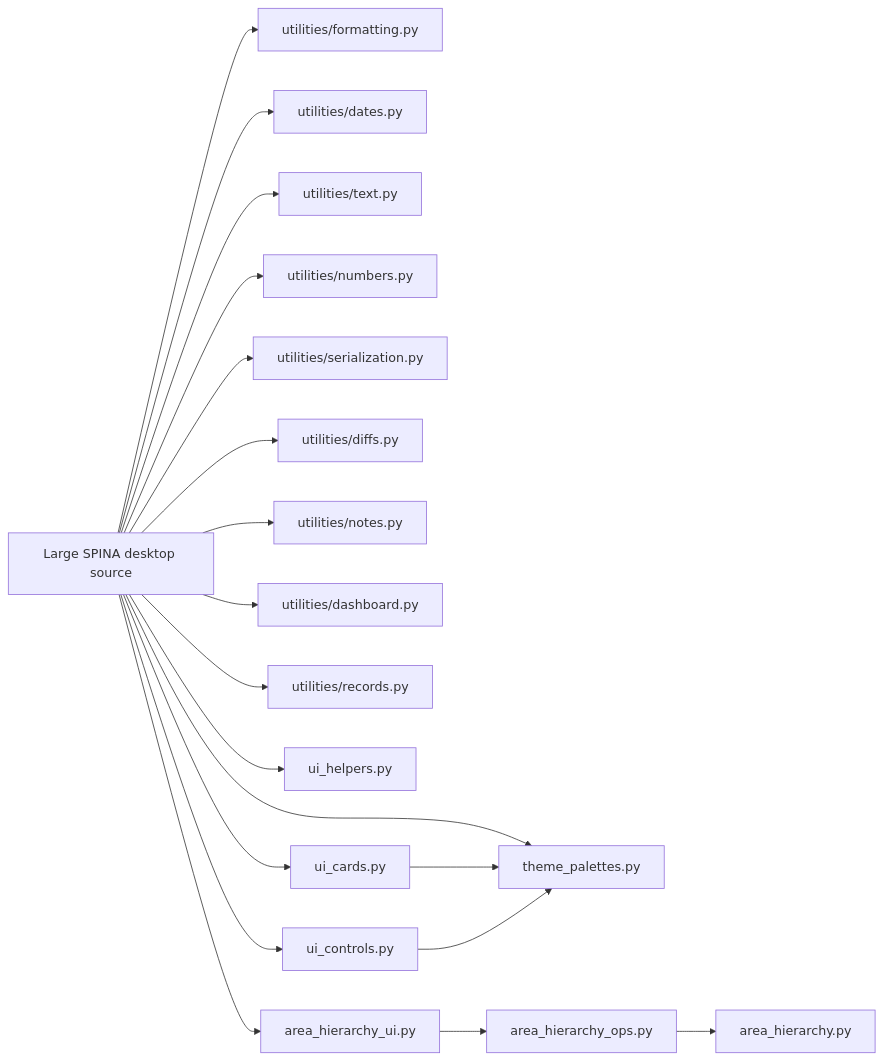
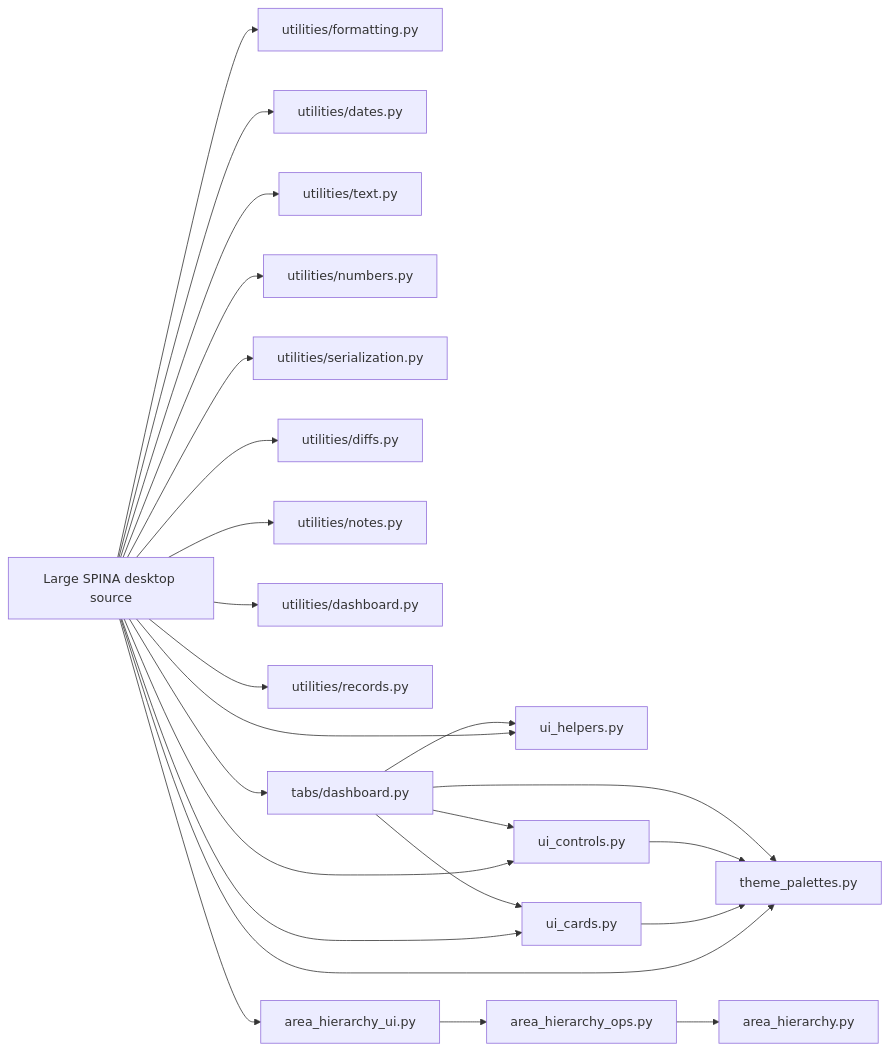
Before and after one commit to GILBIC/spina-lending-app: the diagram in docs/modularization-map.md, drawn with Mermaid. The commit also changed other lines of this file, not shown here.

````diff
--- a/docs/modularization-map.md
+++ b/docs/modularization-map.md
@@ -24,25 +25,31 @@
 ```mermaid
 flowchart LR
     APP[Large SPINA desktop source]
 
     APP --> FMT[utilities/formatting.py]
     APP --> DATE[utilities/dates.py]
     APP --> TEXT[utilities/text.py]
     APP --> NUM[utilities/numbers.py]
     APP --> SER[utilities/serialization.py]
     APP --> DIFF[utilities/diffs.py]
     APP --> NOTES[utilities/notes.py]
-    APP --> DASH[utilities/dashboard.py]
+    APP --> DASHU[utilities/dashboard.py]
     APP --> REC[utilities/records.py]
 
     APP --> UIH[ui_helpers.py]
     APP --> PAL[theme_palettes.py]
     APP --> UIC[ui_cards.py]
     APP --> UICTL[ui_controls.py]
+    APP --> TABDASH[tabs/dashboard.py]
+
     UIC --> PAL
     UICTL --> PAL
+    TABDASH --> PAL
+    TABDASH --> UIC
+    TABDASH --> UICTL
+    TABDASH --> UIH
 
     APP --> AUI[area_hierarchy_ui.py]
     AUI --> AOPS[area_hierarchy_ops.py]
     AOPS --> AH[area_hierarchy.py]
 ```
````
